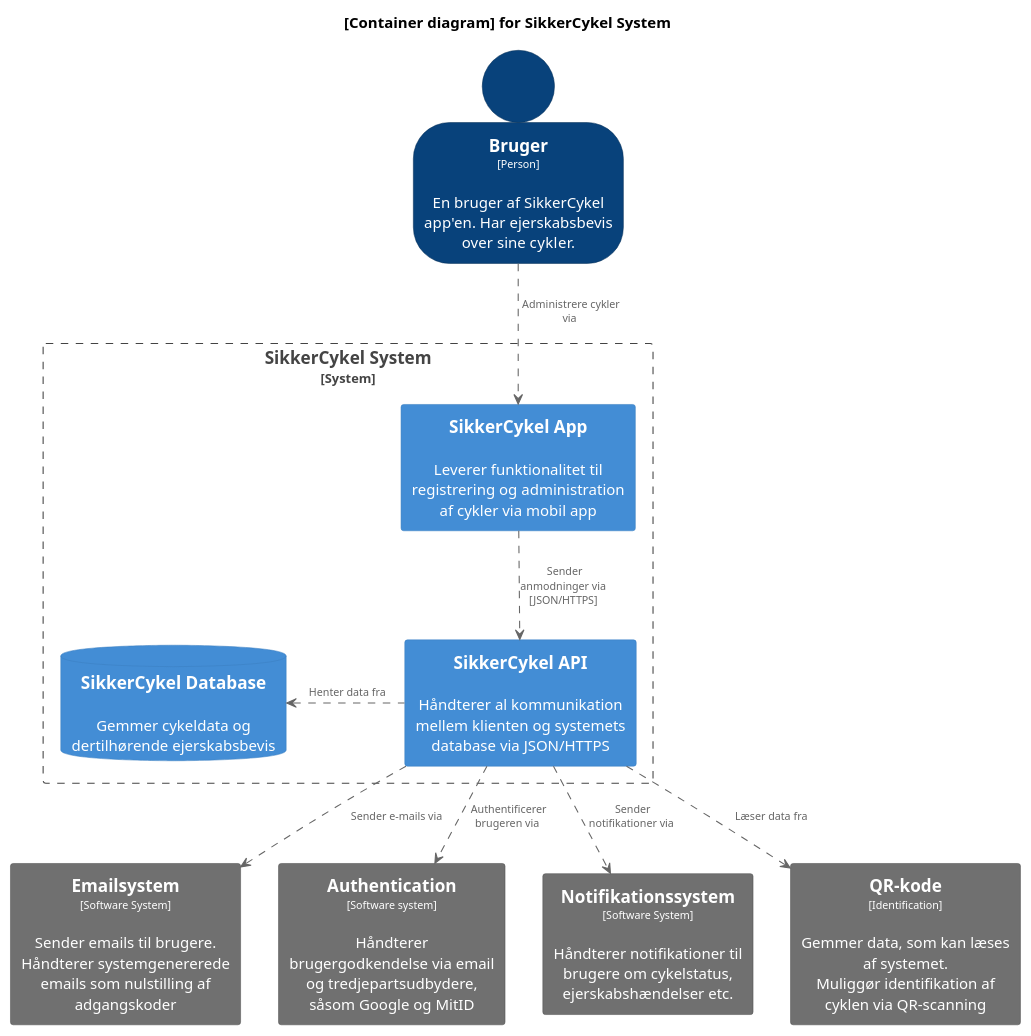
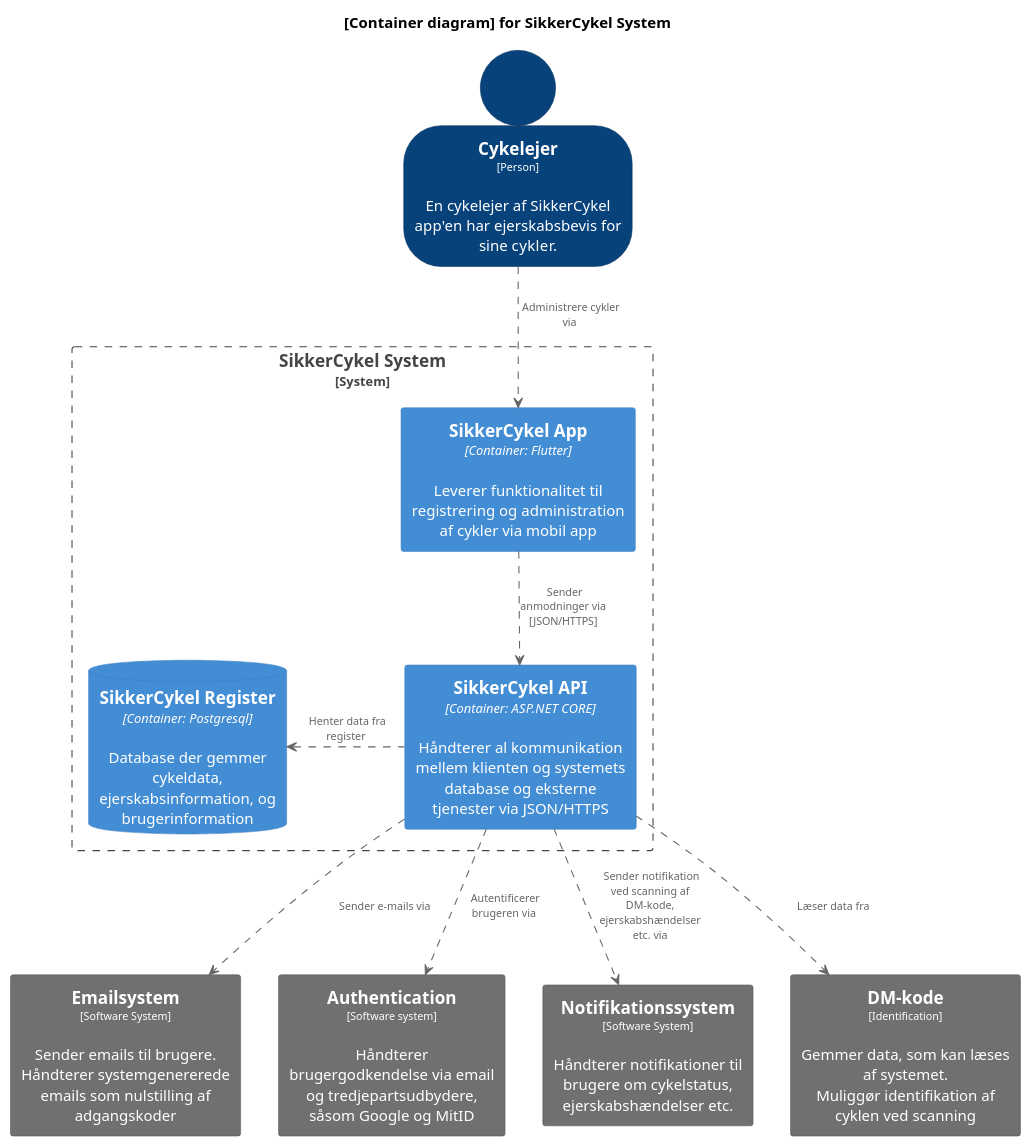
Before and after one commit to Sejehugo/SikkerCykel: the diagram in out/PlantUML/c4niveau-niveau2.puml, drawn with PlantUML. The commit also changed 2 other files, not shown here.

```diff
--- a/out/PlantUML/c4niveau-niveau2.puml
+++ b/out/PlantUML/c4niveau-niveau2.puml
@@ -1,99 +1,94 @@
 @startuml c4niveau-niveau2-bruger
 !include https://raw.githubusercontent.com/plantuml-stdlib/C4-PlantUML/master/C4_Container.puml
 
 title [Container diagram] for SikkerCykel System
 
 top to bottom direction
 
 skinparam {
   arrowFontSize 10
   defaultTextAlignment center
   wrapWidth 200
   maxMessageSize 100
 }
 
 hide stereotype
 
 skinparam person<<SystemAdminstrator>> {
   BackgroundColor #lightgrey
   FontColor #black
   BorderColor #052e56
   shadowing false
 }
 skinparam person<<AnonymousUser>> {
   BackgroundColor #08427b
   FontColor #ffffff
   BorderColor #052e56
   shadowing false
 }
 skinparam rectangle<<ExternalSystem>> {
   BackgroundColor #1168bd
   FontColor #ffffff
   BorderColor #0b4884
   shadowing false
 }
 skinparam rectangle<<SikkerCykelSystem>> {
   BackgroundColor #1168bd
   FontColor #ffffff
   BorderColor #0b4884
   shadowing false
 }
 skinparam person<<User>> {
   BackgroundColor #08427b
   FontColor #ffffff
   BorderColor #052e56
   shadowing false
 }
 skinparam person<<PoliceOfficer>> {
   BackgroundColor #08427b
   FontColor #ffffff
   BorderColor #052e56
   shadowing false
 }
 skinparam person<<BicycleImporter>> {
   BackgroundColor #08427b
   FontColor #ffffff
   BorderColor #052e56
   shadowing false
 }
 skinparam person<<BicycleDealer>> {
   BackgroundColor #08427b
   FontColor #ffffff
   BorderColor #052e56
   shadowing false
 }
 
-' ' Grå bokse til Emailsystem, Firebase, Google Login og NFC-chip
 skinparam rectangle<<GrayBox>> {
   BackgroundColor #707070
   FontColor #ffffff
   BorderColor #505050
   shadowing false
 }
 
-person "==Bruger\n<size:10>[Person]</size>\n\nEn bruger af SikkerCykel app'en. Har ejerskabsbevis over sine cykler." <<User>> as Bruger
+person "==Cykelejer\n<size:10>[Person]</size>\n\nEn cykelejer af SikkerCykel app'en har ejerskabsbevis for sine cykler." <<User>> as Bruger
 
 System_Boundary(c1, "SikkerCykel System") {
-    Container(app, "SikkerCykel App", "", "Leverer funktionalitet til registrering og administration af cykler via mobil app")
-    Container(api, "SikkerCykel API", "", "Håndterer al kommunikation mellem klienten og systemets database via JSON/HTTPS")
-    ContainerDb(database, "SikkerCykel Database", "", "Gemmer cykeldata og dertilhørende ejerskabsbevis")
+    Container(app, "SikkerCykel App", "Container: Flutter", "Leverer funktionalitet til registrering og administration af cykler via mobil app")
+    Container(api, "SikkerCykel API", "Container: ASP.NET CORE", "Håndterer al kommunikation mellem klienten og systemets database og eksterne tjenester via JSON/HTTPS")
+    ContainerDb(database, "SikkerCykel Register", "Container: Postgresql", "Database der gemmer cykeldata, ejerskabsinformation, og brugerinformation")
 }
 
-' ' Eksterne systemer til venstre
 rectangle "==Emailsystem\n<size:10>[Software System]</size>\n\nSender emails til brugere.\nHåndterer systemgenererede emails som nulstilling af adgangskoder" <<GrayBox>> as Email
 rectangle "==Authentication\n<size:10>[Software system]</size>\n\nHåndterer brugergodkendelse via email og tredjepartsudbydere, såsom Google og MitID" <<GrayBox>> as Authentication
+rectangle "==Notifikationssystem\n<size:10>[Software System]</size>\n\nHåndterer notifikationer til brugere om cykelstatus, ejerskabshændelser etc." <<GrayBox>> as Notifikation
+rectangle "==DM-kode\n<size:10>[Identification]</size>\n\nGemmer data, som kan læses af systemet.\nMuliggør identifikation af cyklen ved scanning" <<GrayBox>> as DMKodeIngraveretICykel
 
-' ' Eksterne systemer til højre
-rectangle "==Notifikationssystem\n<size:10>[Software System]</size>\n\nHåndterer notifikationer til brugere om cykelstatus, ejerskabshændelser etc." <<GrayBox>> as Notifikation
-rectangle "==QR-kode\n<size:10>[Identification]</size>\n\nGemmer data, som kan læses af systemet.\nMuliggør identifikation af cyklen via QR-scanning" <<GrayBox>> as QRKodeIngraveretICykel
-
-' ' Relationer mellem brugere og systemet
 Bruger ..> app: " Administrere cykler via"
 app ..> api: " Sender anmodninger via\n[JSON/HTTPS]"
-api ..> Notifikation: " Sender notifikationer via"
-api ..> Authentication: " Authentificerer brugeren via"
-api .left.> database: " Henter data fra"
-api ..> QRKodeIngraveretICykel: " Læser data fra"
+api ..> Notifikation: " Sender notifikation ved scanning af DM-kode, ejerskabshændelser etc. via"
+api ..> Authentication: " Autentificerer brugeren via"
+api .left.> database: " Henter data fra register"
+api ..> DMKodeIngraveretICykel: " Læser data fra"
 api ..> Email: " Sender e-mails via"
 
 @enduml
```
